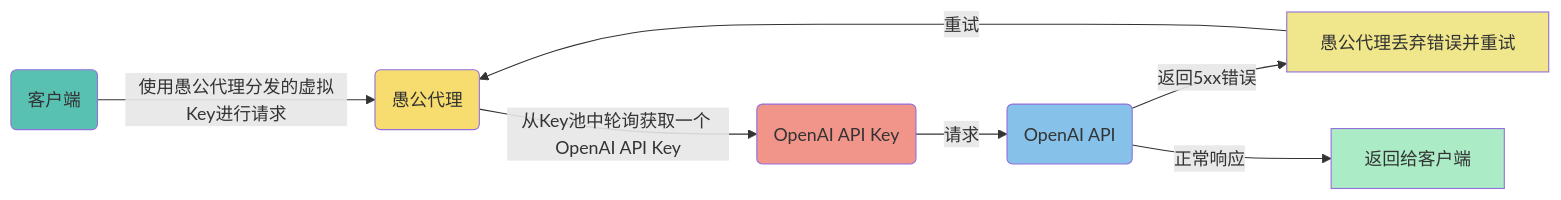
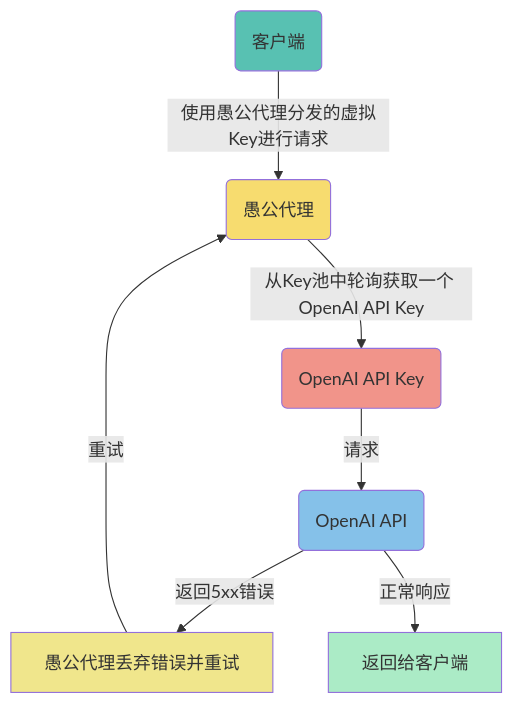
One commit to proxyxai/openai changed the diagram in README.md. Above: the diagram before and after it, drawn with Mermaid.

Commit message:
2023-12-11-00:14:14

````diff
--- a/README.md
+++ b/README.md
@@ -7,16 +7,16 @@
 ```mermaid
-graph LR
+graph TD
     A(客户端)
     A -- 使用愚公代理分发的虚拟Key进行请求 --> B(愚公代理)
     B -- 从Key池中轮询获取一个 OpenAI API Key --> C(OpenAI API Key)
     C -- 请求 --> D(OpenAI API)
     D -- 返回5xx错误 --> E[愚公代理丢弃错误并重试]
     E -- 重试 --> B
     D -- 正常响应 --> F[返回给客户端]
     style A fill:#58C1B2
     style B fill:#F7DC6F
     style C fill:#F1948A
     style D fill:#85C1E9
     style E fill:#F0E68C
     style F fill:#ABEBC6
 ```
````
